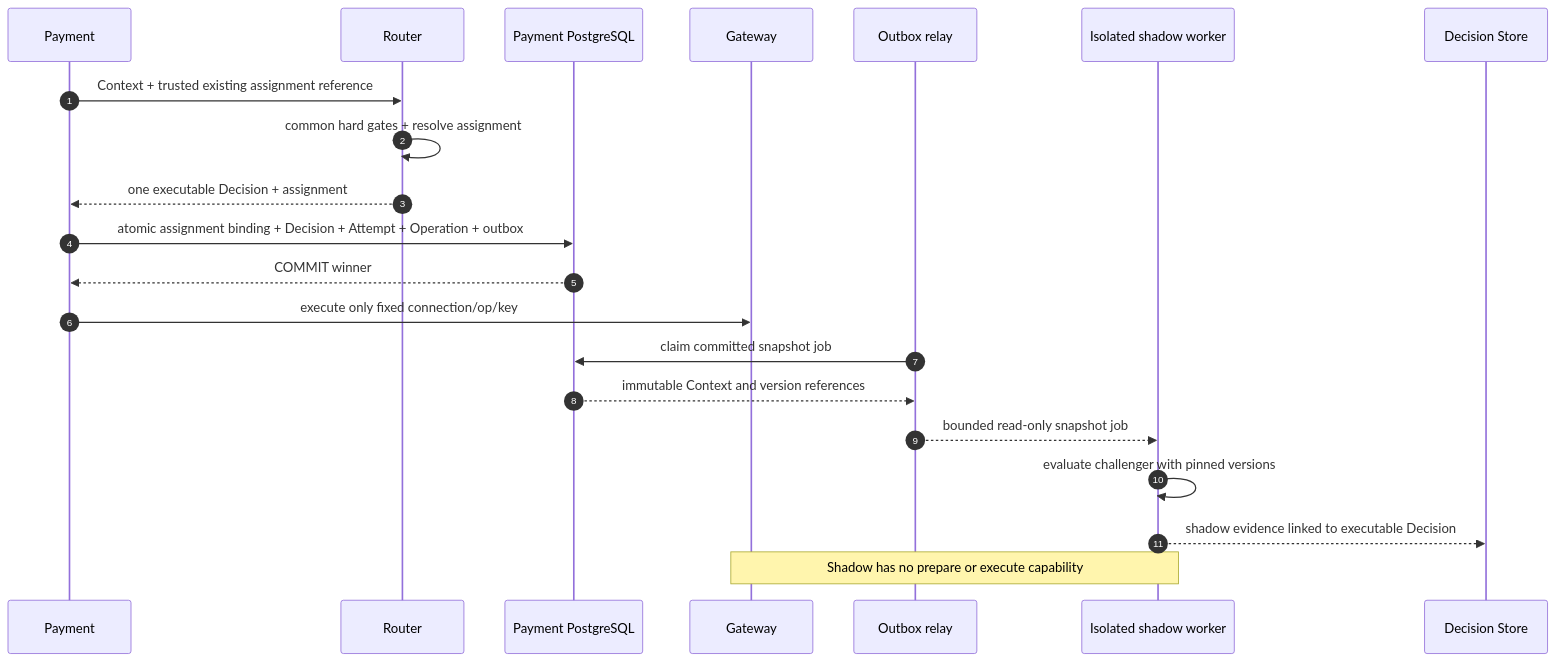
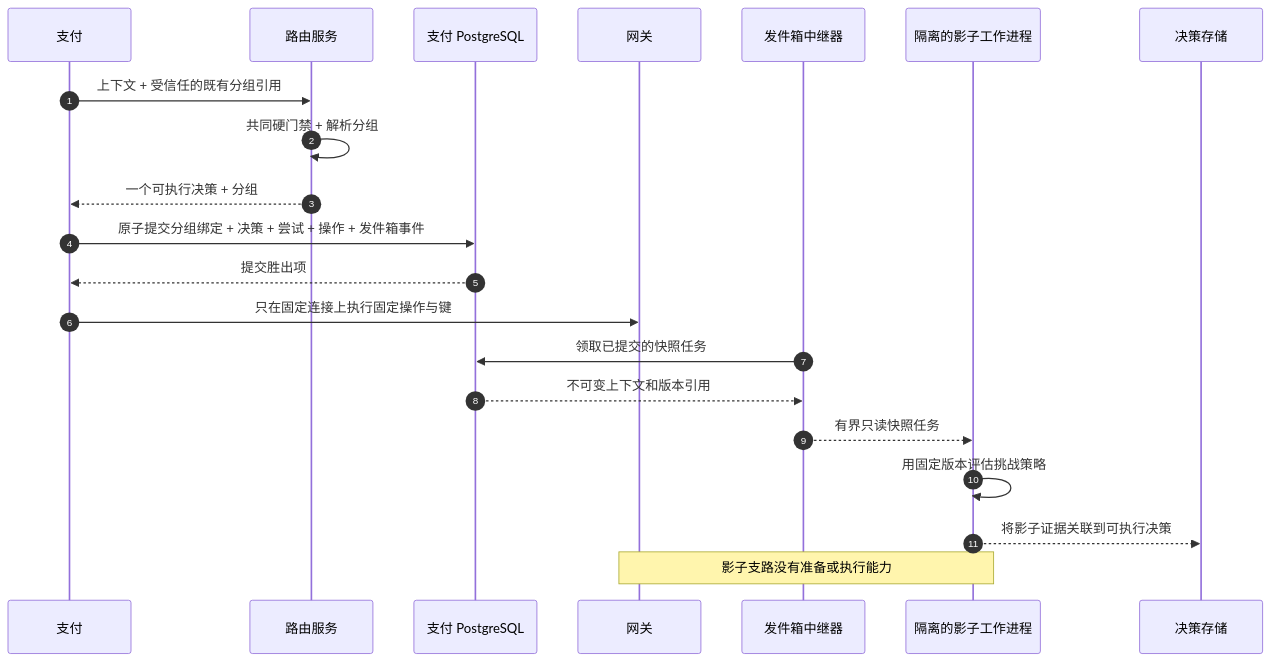
Before and after one commit to YouEclipse/Designing-Modern-Payment-Systems: the third of 3 diagrams in part-4-operating-at-scale/experimentation.md, drawn with Mermaid. The commit also changed other lines of this file and 59 other files, not shown here.

````diff
--- a/part-4-operating-at-scale/experimentation.md
+++ b/part-4-operating-at-scale/experimentation.md
@@ -390,24 +390,24 @@
 ```mermaid
 sequenceDiagram
     autonumber
-    participant P as Payment
-    participant R as Router
-    participant DB as Payment PostgreSQL
-    participant G as Gateway
-    participant O as Outbox relay
-    participant W as Isolated shadow worker
-    participant D as Decision Store
+    participant P as 支付
+    participant R as 路由服务
+    participant DB as 支付 PostgreSQL
+    participant G as 网关
+    participant O as 发件箱中继器
+    participant W as 隔离的影子工作进程
+    participant D as 决策存储
 
-    P->>R: Context + trusted existing assignment reference
-    R->>R: common hard gates + resolve assignment
-    R-->>P: one executable Decision + assignment
-    P->>DB: atomic assignment binding + Decision + Attempt + Operation + outbox
-    DB-->>P: COMMIT winner
-    P->>G: execute only fixed connection/op/key
-    O->>DB: claim committed snapshot job
-    DB-->>O: immutable Context and version references
-    O-->>W: bounded read-only snapshot job
-    W->>W: evaluate challenger with pinned versions
-    W-->>D: shadow evidence linked to executable Decision
-    Note over W,G: Shadow has no prepare or execute capability
+    P->>R: 上下文 + 受信任的既有分组引用
+    R->>R: 共同硬门禁 + 解析分组
+    R-->>P: 一个可执行决策 + 分组
+    P->>DB: 原子提交分组绑定 + 决策 + 尝试 + 操作 + 发件箱事件
+    DB-->>P: 提交胜出项
+    P->>G: 只在固定连接上执行固定操作与键
+    O->>DB: 领取已提交的快照任务
+    DB-->>O: 不可变上下文和版本引用
+    O-->>W: 有界只读快照任务
+    W->>W: 用固定版本评估挑战策略
+    W-->>D: 将影子证据关联到可执行决策
+    Note over W,G: 影子支路没有准备或执行能力
 ```
````
